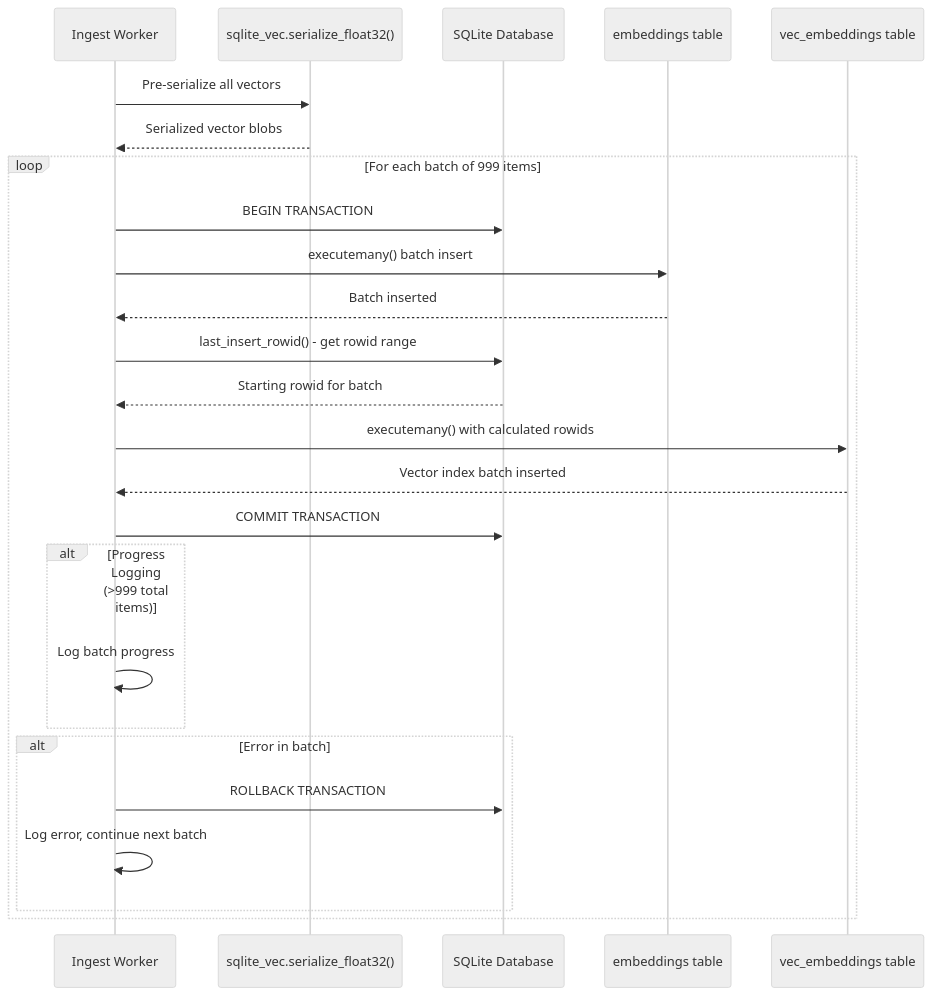
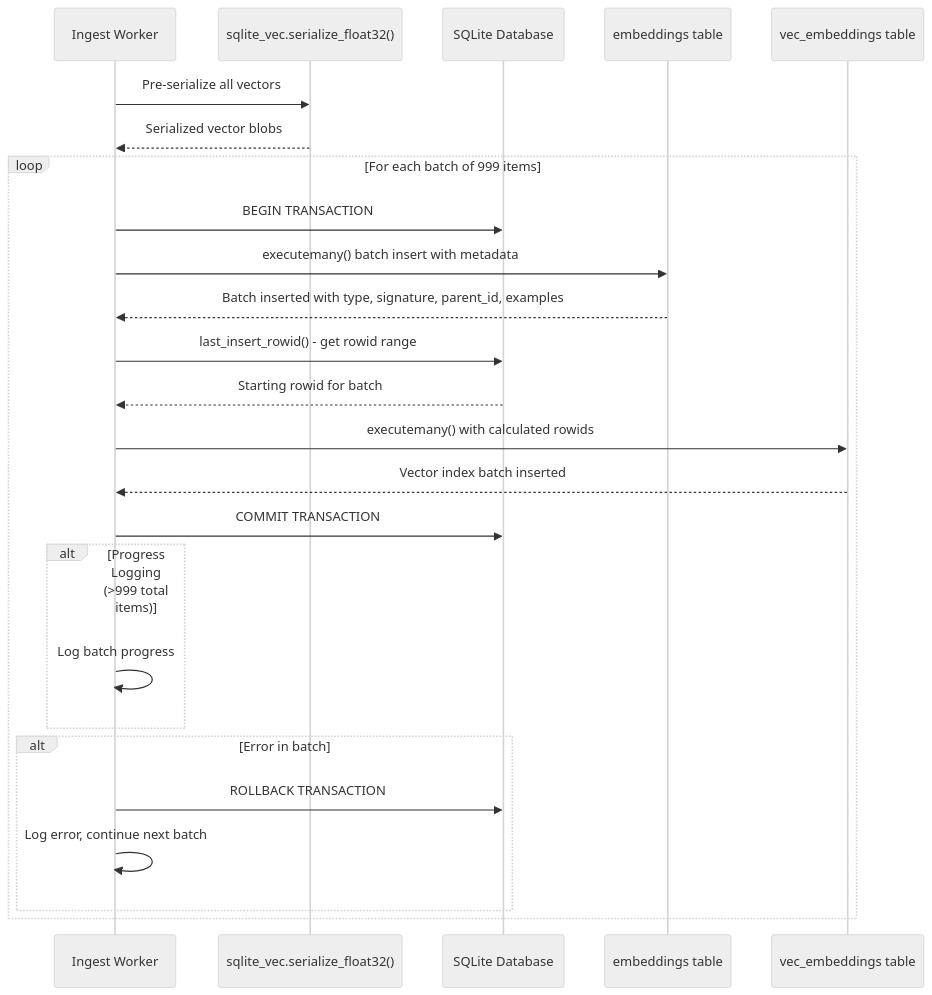
One commit to RimoVR/docsrs-mcp changed diagram 13 of 16 in Architecture.md. Above: the diagram before and after it, drawn with Mermaid (neutral theme). The commit also changed other lines of this file and 7 other files, not shown here.

````diff
--- a/Architecture.md
+++ b/Architecture.md
@@ -744,31 +817,31 @@
 ```mermaid
 sequenceDiagram
     participant Worker as Ingest Worker
     participant Serialize as sqlite_vec.serialize_float32()
     participant DB as SQLite Database
     participant Embeddings as embeddings table
     participant VecEmbed as vec_embeddings table
     
     Worker->>Serialize: Pre-serialize all vectors
     Serialize-->>Worker: Serialized vector blobs
     
     loop For each batch of 999 items
         Worker->>DB: BEGIN TRANSACTION
-        Worker->>Embeddings: executemany() batch insert
-        Embeddings-->>Worker: Batch inserted
+        Worker->>Embeddings: executemany() batch insert with metadata
+        Embeddings-->>Worker: Batch inserted with type, signature, parent_id, examples
         Worker->>DB: last_insert_rowid() - get rowid range
         DB-->>Worker: Starting rowid for batch
         Worker->>VecEmbed: executemany() with calculated rowids
         VecEmbed-->>Worker: Vector index batch inserted
         Worker->>DB: COMMIT TRANSACTION
         
         alt Progress Logging (>999 total items)
             Worker->>Worker: Log batch progress
         end
         
         alt Error in batch
             Worker->>DB: ROLLBACK TRANSACTION
             Worker->>Worker: Log error, continue next batch
         end
     end
 ```
````
